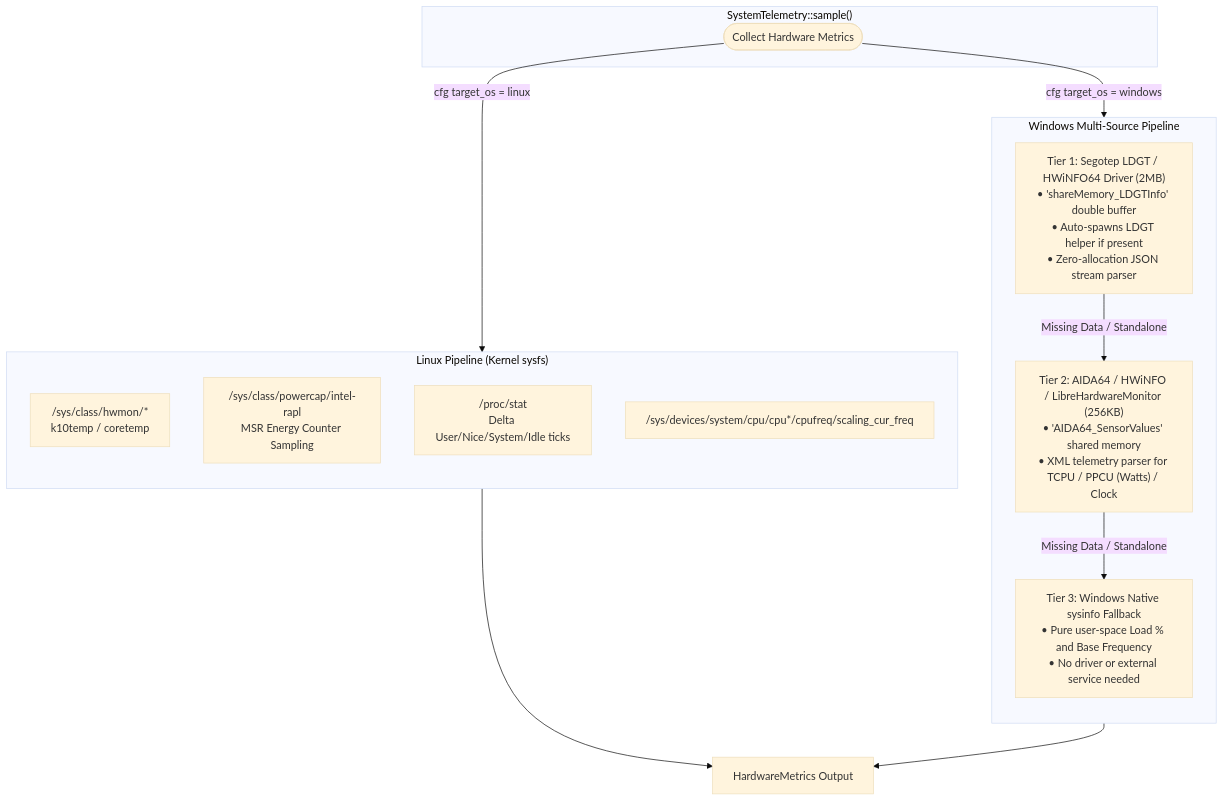
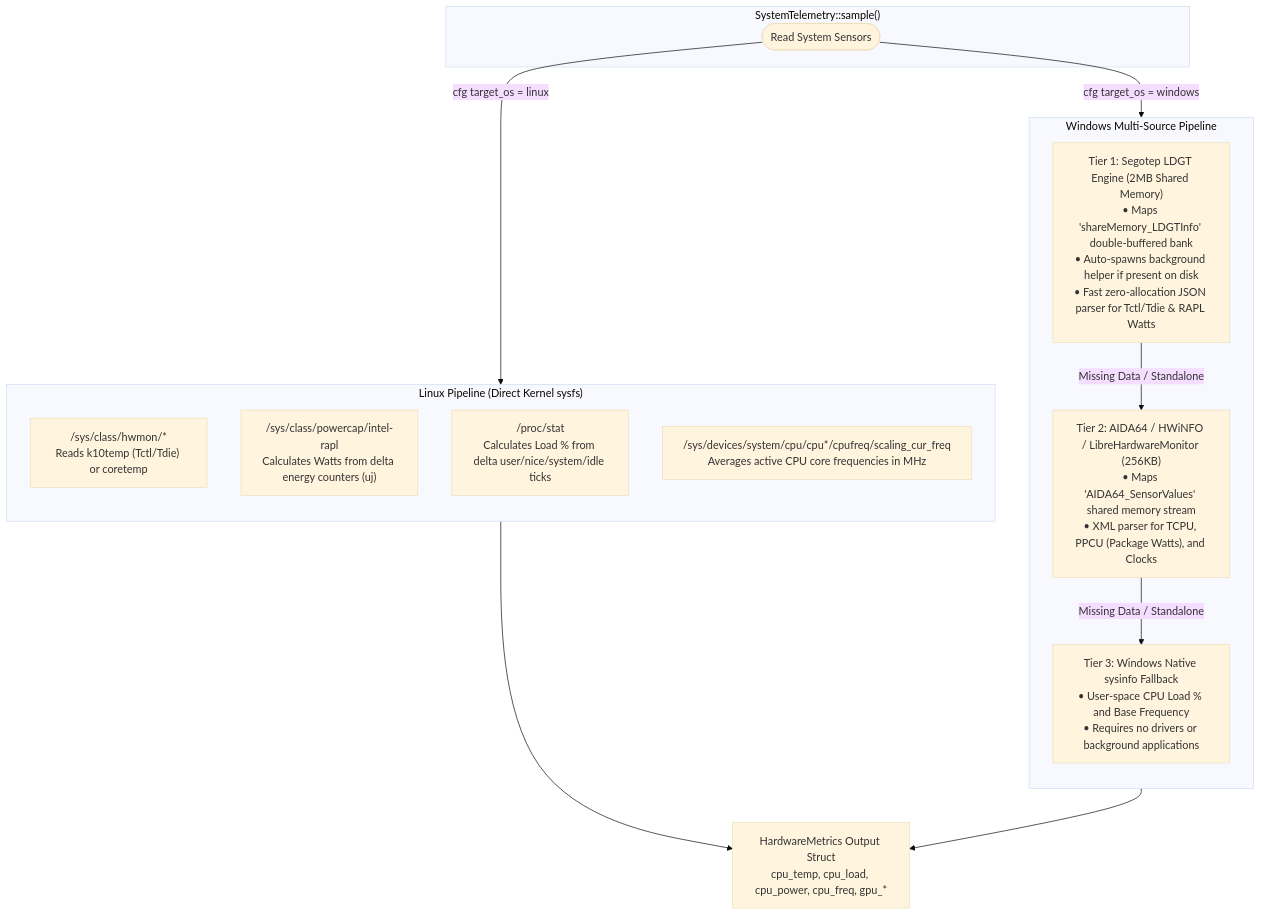
One commit to Delnegend/segotep-digital changed the fourth of 6 diagrams in ARCHITECTURE.md. Above: the diagram before and after it, drawn with Mermaid (base theme). The commit also changed other lines of this file, not shown here.

Commit message:
docs: enrich ARCHITECTURE.md diagrams with detailed text descriptions

````diff
--- a/ARCHITECTURE.md
+++ b/ARCHITECTURE.md
@@ -108,30 +126,30 @@
 ```mermaid
 flowchart TD
     subgraph TelemetryCollector["SystemTelemetry::sample()"]
-        SAMPLE_START(["Collect Hardware Metrics"])
+        SAMPLE_START(["Read System Sensors"])
     end
 
-    subgraph LinuxPipeline["Linux Pipeline (Kernel sysfs)"]
+    subgraph LinuxPipeline["Linux Pipeline (Direct Kernel sysfs)"]
         direction TB
-        L_TEMP["/sys/class/hwmon/*<br/>k10temp / coretemp"]
-        L_PWR["/sys/class/powercap/intel-rapl<br/>MSR Energy Counter Sampling"]
-        L_LOAD["/proc/stat<br/>Delta User/Nice/System/Idle ticks"]
-        L_FREQ["/sys/devices/system/cpu/cpu*/cpufreq/scaling_cur_freq"]
+        L_TEMP["/sys/class/hwmon/*<br/>Reads k10temp (Tctl/Tdie) or coretemp"]
+        L_PWR["/sys/class/powercap/intel-rapl<br/>Calculates Watts from delta energy counters (uj)"]
+        L_LOAD["/proc/stat<br/>Calculates Load % from delta user/nice/system/idle ticks"]
+        L_FREQ["/sys/devices/system/cpu/cpu*/cpufreq/scaling_cur_freq<br/>Averages active CPU core frequencies in MHz"]
     end
 
     subgraph WindowsPipeline["Windows Multi-Source Pipeline"]
         direction TB
-        W_T1["Tier 1: Segotep LDGT / HWiNFO64 Driver (2MB)<br/>• 'shareMemory_LDGTInfo' double buffer<br/>• Auto-spawns LDGT helper if present<br/>• Zero-allocation JSON stream parser"]
-        W_T2["Tier 2: AIDA64 / HWiNFO / LibreHardwareMonitor (256KB)<br/>• 'AIDA64_SensorValues' shared memory<br/>• XML telemetry parser for TCPU / PPCU (Watts) / Clock"]
-        W_T3["Tier 3: Windows Native sysinfo Fallback<br/>• Pure user-space Load % and Base Frequency<br/>• No driver or external service needed"]
+        W_T1["Tier 1: Segotep LDGT Engine (2MB Shared Memory)<br/>• Maps 'shareMemory_LDGTInfo' double-buffered bank<br/>• Auto-spawns background helper if present on disk<br/>• Fast zero-allocation JSON parser for Tctl/Tdie & RAPL Watts"]
+        W_T2["Tier 2: AIDA64 / HWiNFO / LibreHardwareMonitor (256KB)<br/>• Maps 'AIDA64_SensorValues' shared memory stream<br/>• XML parser for TCPU, PPCU (Package Watts), and Clocks"]
+        W_T3["Tier 3: Windows Native sysinfo Fallback<br/>• User-space CPU Load % and Base Frequency<br/>• Requires no drivers or background applications"]
     end
 
     SAMPLE_START -->|cfg target_os = linux| LinuxPipeline
     SAMPLE_START -->|cfg target_os = windows| WindowsPipeline
 
     W_T1 -->|Missing Data / Standalone| W_T2
     W_T2 -->|Missing Data / Standalone| W_T3
 
-    LinuxPipeline --> MERGE["HardwareMetrics Output"]
+    LinuxPipeline --> MERGE["HardwareMetrics Output Struct<br/>cpu_temp, cpu_load, cpu_power, cpu_freq, gpu_*"]
     WindowsPipeline --> MERGE
 ```
````
